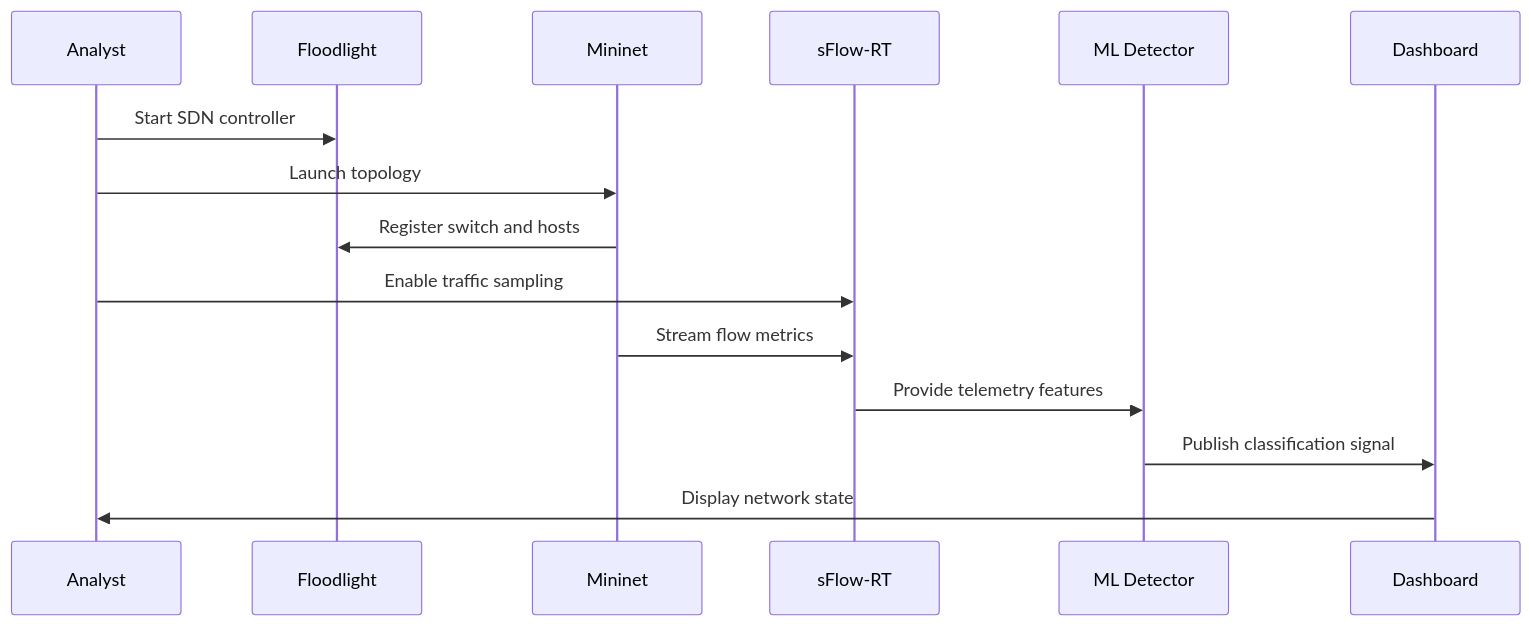
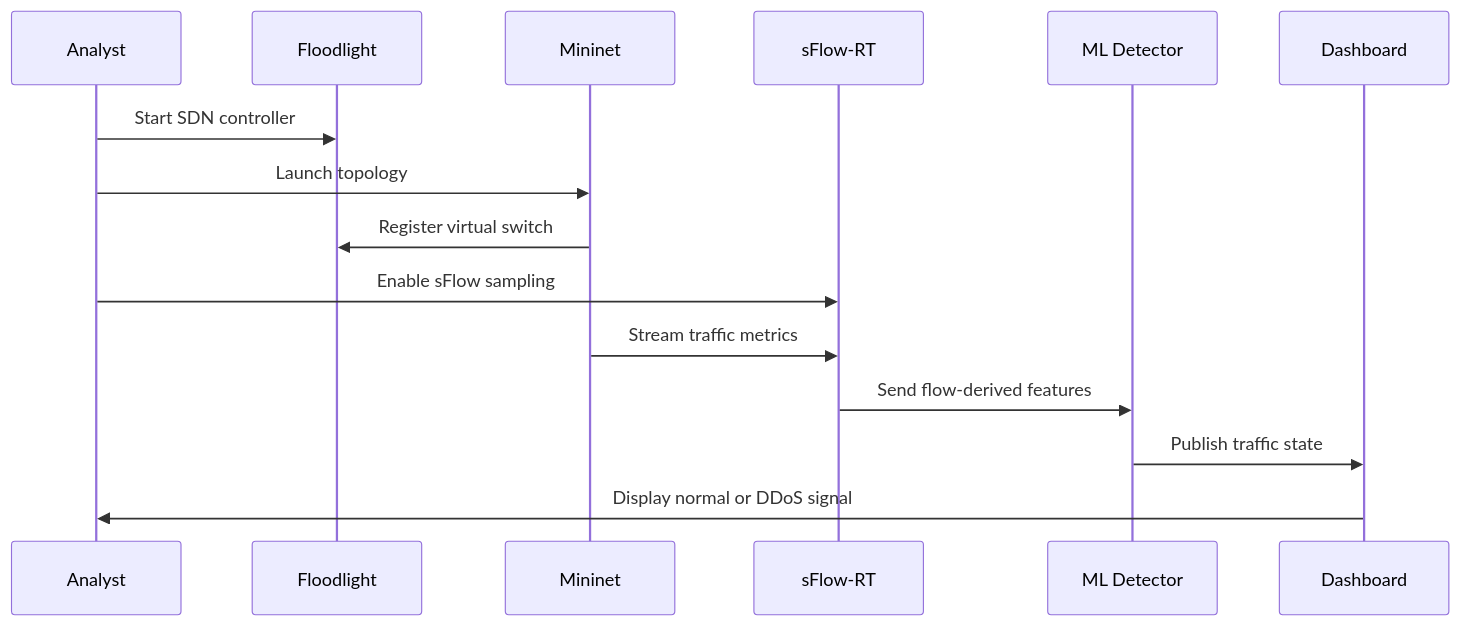
One commit to ns7523/DDoS-attack-in-IoT-Real-Time changed the second of 3 diagrams in README.md. Above: the diagram before and after it, drawn with Mermaid. The commit also changed other lines of this file, not shown here.

````diff
--- a/README.md
+++ b/README.md
@@ -146,18 +180,18 @@
 ```mermaid
 sequenceDiagram
-    participant Analyst
-    participant Floodlight
-    participant Mininet
-    participant sFlowRT as sFlow-RT
-    participant Detector as ML Detector
-    participant Dashboard
+    participant A as Analyst
+    participant F as Floodlight
+    participant M as Mininet
+    participant S as sFlow-RT
+    participant D as ML Detector
+    participant V as Dashboard
 
-    Analyst->>Floodlight: Start SDN controller
-    Analyst->>Mininet: Launch topology
-    Mininet->>Floodlight: Register switch and hosts
-    Analyst->>sFlowRT: Enable traffic sampling
-    Mininet->>sFlowRT: Stream flow metrics
-    sFlowRT->>Detector: Provide telemetry features
-    Detector->>Dashboard: Publish classification signal
-    Dashboard->>Analyst: Display network state
+    A->>F: Start SDN controller
+    A->>M: Launch topology
+    M->>F: Register virtual switch
+    A->>S: Enable sFlow sampling
+    M->>S: Stream traffic metrics
+    S->>D: Send flow-derived features
+    D->>V: Publish traffic state
+    V->>A: Display normal or DDoS signal
 ```
````
